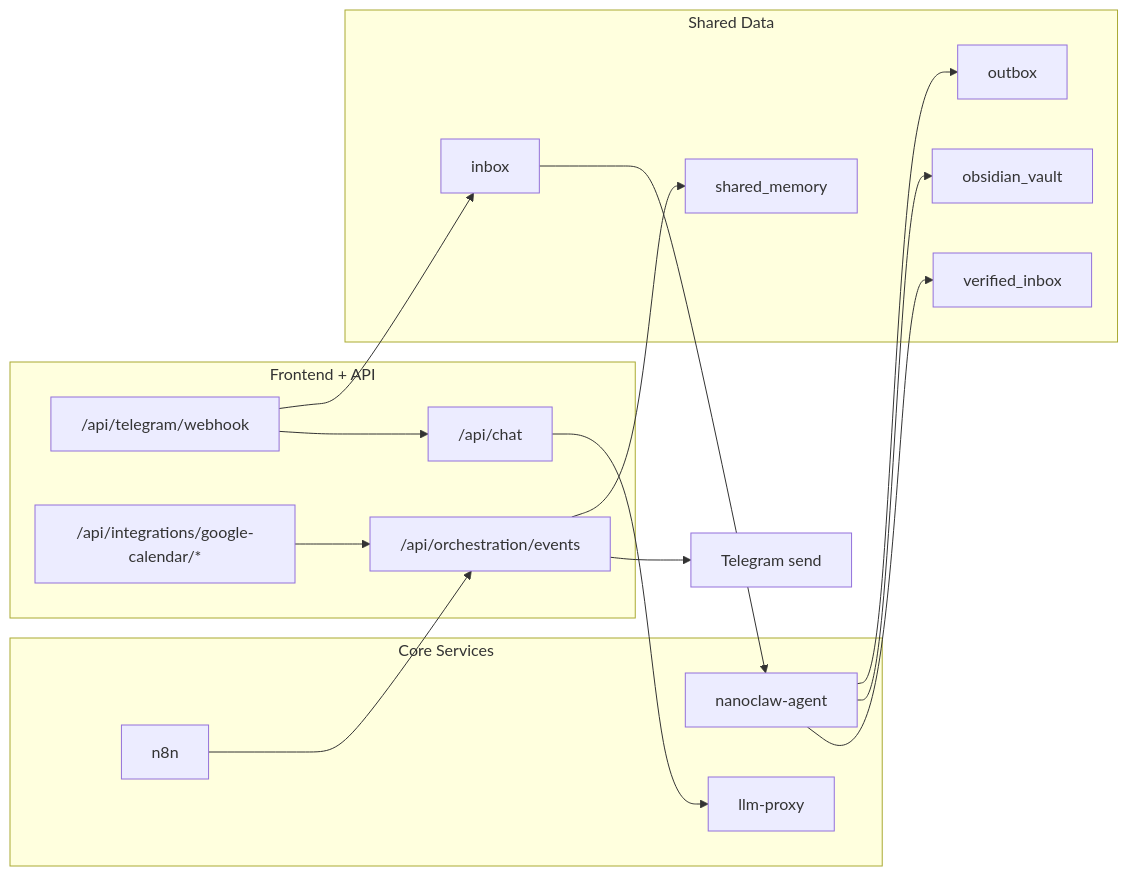
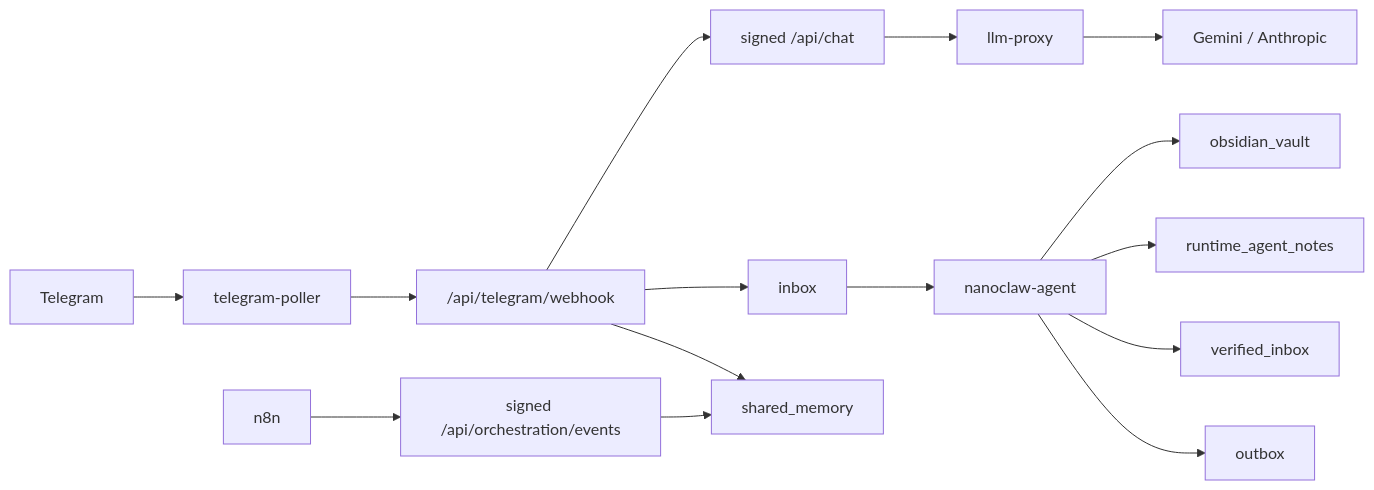
Before and after one commit to Merchantlee99/Personal-AI-agent-v2: the diagram in docs/IMPLEMENTATION_COVERAGE.md, drawn with Mermaid. The commit also changed other lines of this file and 172 other files, not shown here.

Commit message:
feat: linearize telegram-first nanoclaw runtime

````diff
--- a/docs/IMPLEMENTATION_COVERAGE.md
+++ b/docs/IMPLEMENTATION_COVERAGE.md
@@ -45,35 +55,13 @@
 ```mermaid
 flowchart LR
-  subgraph FE["Frontend + API"]
-    CHAT["/api/chat"]
-    ORCH["/api/orchestration/events"]
-    TGCB["/api/telegram/webhook"]
-    GCAL["/api/integrations/google-calendar/*"]
-  end
-
-  subgraph CORE["Core Services"]
-    PX["llm-proxy"]
-    AG["nanoclaw-agent"]
-    N8N["n8n"]
-  end
-
-  subgraph DATA["Shared Data"]
-    MEM["shared_memory"]
-    INBOX["inbox"]
-    OUTBOX["outbox"]
-    VAULT["obsidian_vault"]
-    VERIFIED["verified_inbox"]
-  end
-
-  CHAT --> PX
-  N8N --> ORCH
-  ORCH --> MEM
-  ORCH --> TGM["Telegram send"]
-  TGCB --> INBOX
-  INBOX --> AG
-  AG --> OUTBOX
-  AG --> VAULT
-  AG --> VERIFIED
-  TGCB --> CHAT
-  GCAL --> ORCH
+  TG["Telegram"] --> TP["telegram-poller"] --> WEBHOOK["/api/telegram/webhook"]
+  WEBHOOK --> CHAT["signed /api/chat"] --> PX["llm-proxy"] --> LLM["Gemini / Anthropic"]
+  N8N["n8n"] --> ORCH["signed /api/orchestration/events"]
+  WEBHOOK --> INBOX["inbox"] --> AG["nanoclaw-agent"]
+  AG --> VAULT["obsidian_vault"]
+  AG --> RUNTIME["runtime_agent_notes"]
+  AG --> VERIFIED["verified_inbox"]
+  AG --> OUTBOX["outbox"]
+  ORCH --> MEM["shared_memory"]
+  WEBHOOK --> MEM
 ```
````
